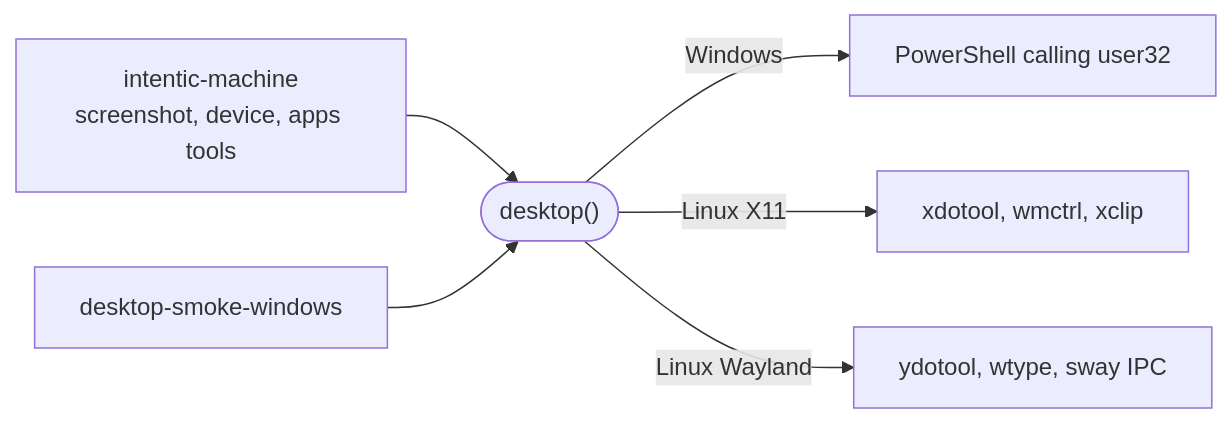
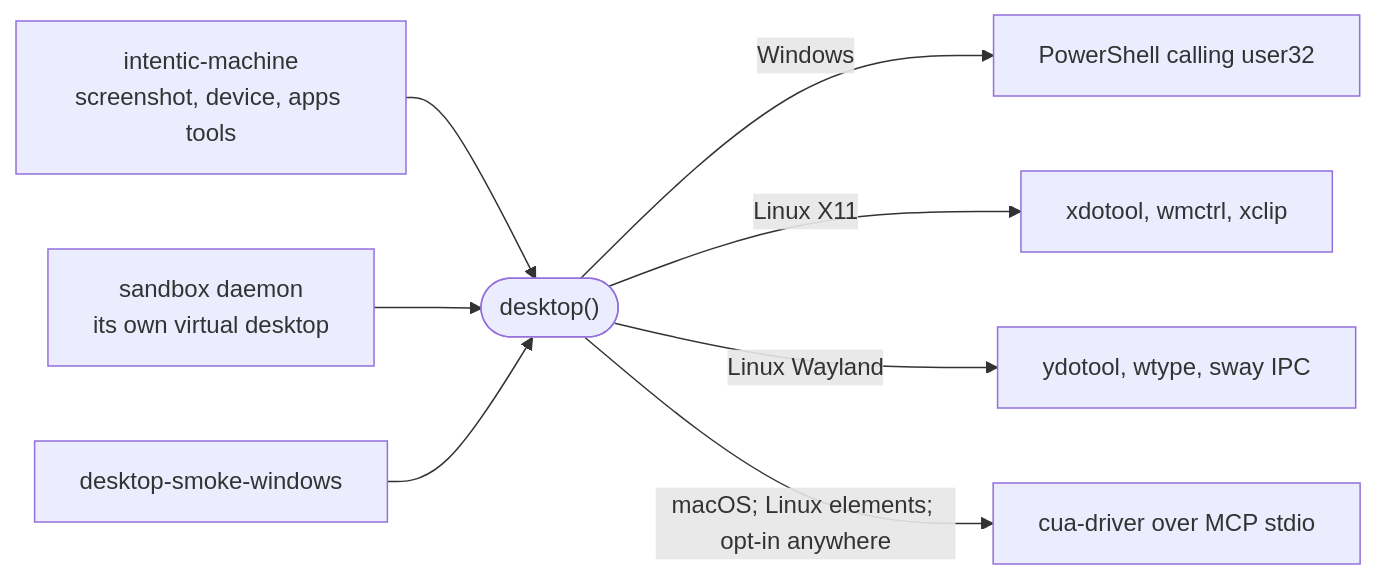
The diagram in _devices/desktop-automation/README.md (intentic/intentic), drawn with Mermaid before and after one commit. The commit also changed other lines of this file and 81 other files, not shown here.

First line of the commit message:
feat(desktop): add sandbox agent-desktop, Desktop.vue, ui_elements and ui_act

````diff
--- a/_devices/desktop-automation/README.md
+++ b/_devices/desktop-automation/README.md
@@ -5,8 +5,10 @@
 ```mermaid
 flowchart LR
     machine["intentic-machine<br/>screenshot, device, apps tools"] --> desktop(["desktop()"])
+    sandbox["sandbox daemon<br/>its own virtual desktop"] --> desktop
     smoke["desktop-smoke-windows"] --> desktop
     desktop -->|"Windows"| ps["PowerShell calling user32"]
     desktop -->|"Linux X11"| x11["xdotool, wmctrl, xclip"]
     desktop -->|"Linux Wayland"| wl["ydotool, wtype, sway IPC"]
+    desktop -->|"macOS; Linux elements; opt-in anywhere"| cua["cua-driver over MCP stdio"]
 ```
````
